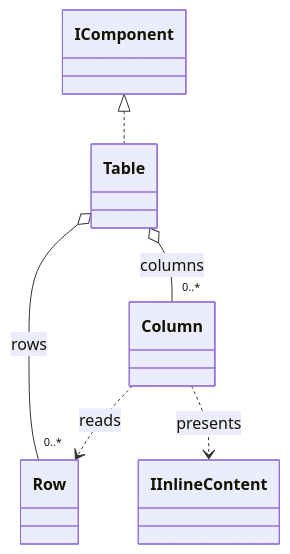
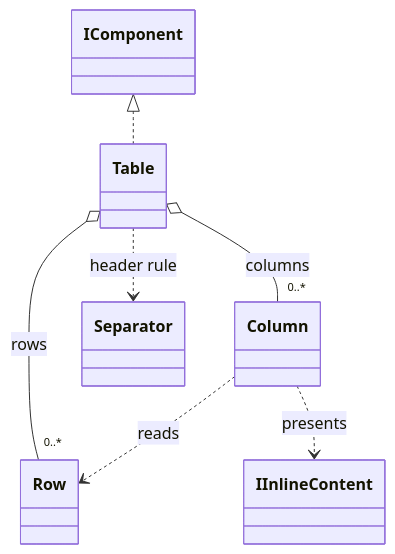
One commit to R3Neer/R3CLI changed the diagram in docs/presentation/components/table.md. Above: the diagram before and after it, drawn with Mermaid. The commit also changed other lines of this file and 7 other files, not shown here.

Commit message:
docs: separate table headers with the default rule

````diff
--- a/docs/presentation/components/table.md
+++ b/docs/presentation/components/table.md
@@ -69,8 +69,9 @@
 ```mermaid
 classDiagram
     IComponent <|.. Table
     Table o-- "0..*" Row : rows
     Table o-- "0..*" Column : columns
+    Table ..> Separator : header rule
     Column ..> Row : reads
     Column ..> IInlineContent : presents
 ```
````
